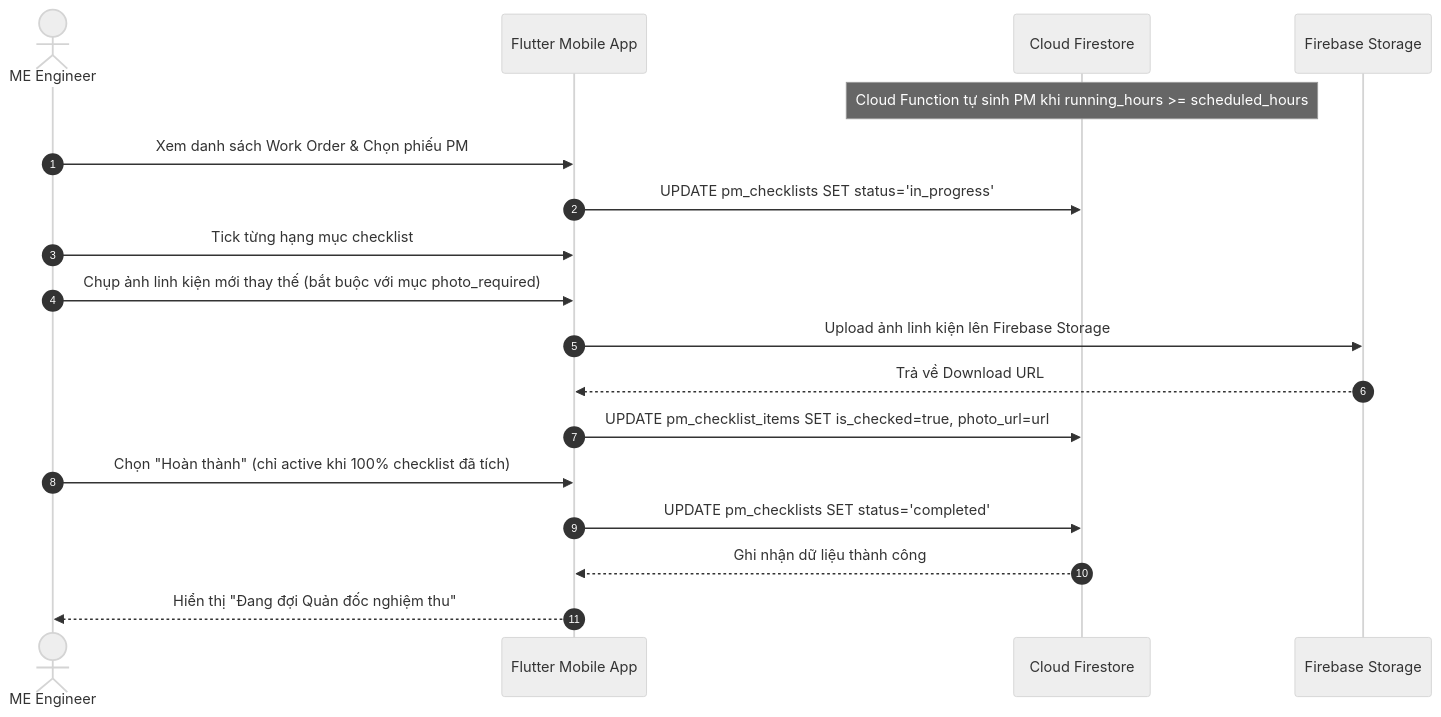
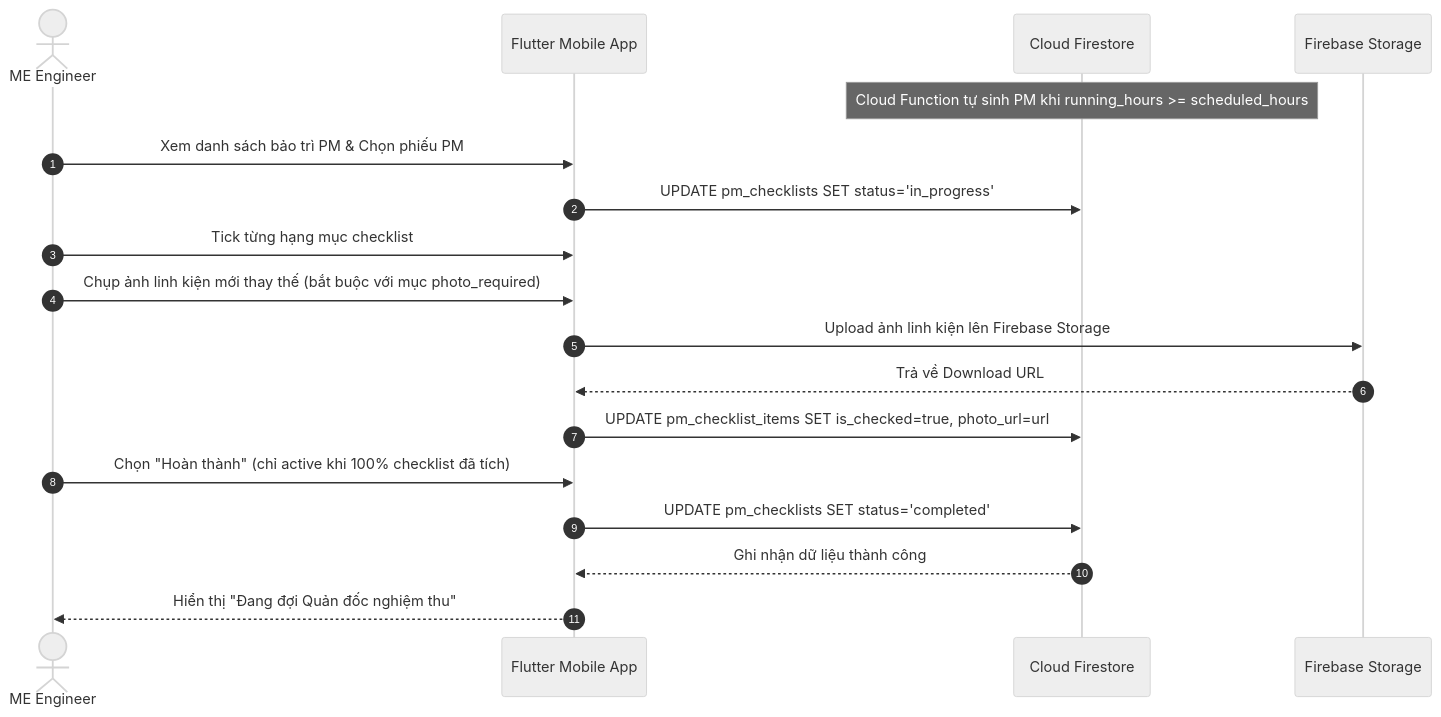
Before and after one commit to pvduy23052005/cse441-mobile-asset-track: the sixth of 12 diagrams in system_design.md, drawn with Mermaid (neutral theme). The commit also changed other lines of this file and 3 other files, not shown here.

Commit message:
docs: update project documentation and database schema design specifications

````diff
--- a/system_design.md
+++ b/system_design.md
@@ -197,21 +195,21 @@
 ```mermaid
 sequenceDiagram
     autonumber
     actor ME as ME Engineer
     participant App as Flutter Mobile App
     participant DB as Cloud Firestore
     participant Store as Firebase Storage
 
     Note over DB: Cloud Function tự sinh PM khi running_hours >= scheduled_hours
-    ME->>App: Xem danh sách Work Order & Chọn phiếu PM
+    ME->>App: Xem danh sách bảo trì PM & Chọn phiếu PM
     App->>DB: UPDATE pm_checklists SET status='in_progress'
     ME->>App: Tick từng hạng mục checklist
     ME->>App: Chụp ảnh linh kiện mới thay thế (bắt buộc với mục photo_required)
     App->>Store: Upload ảnh linh kiện lên Firebase Storage
     Store-->>App: Trả về Download URL
     App->>DB: UPDATE pm_checklist_items SET is_checked=true, photo_url=url
     ME->>App: Chọn "Hoàn thành" (chỉ active khi 100% checklist đã tích)
     App->>DB: UPDATE pm_checklists SET status='completed'
     DB-->>App: Ghi nhận dữ liệu thành công
     App-->>ME: Hiển thị "Đang đợi Quản đốc nghiệm thu"
 ```
````
